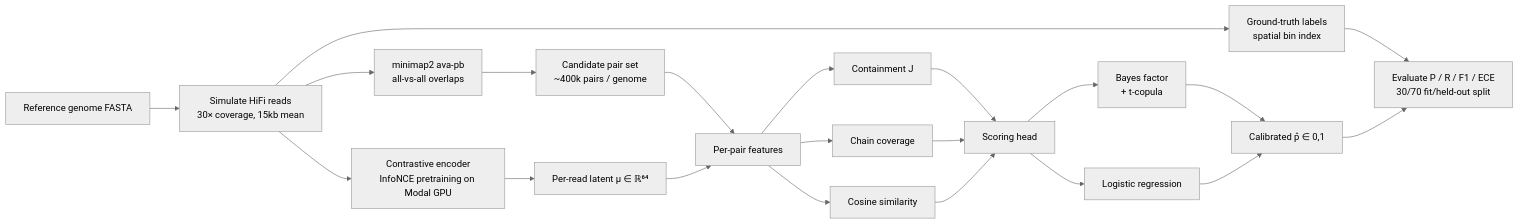
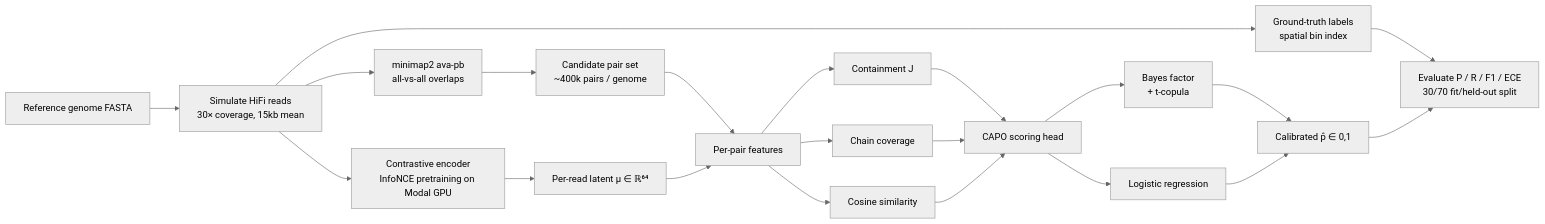
One commit to RajaGiddi/capo-paper changed the diagram in README.md. Above: the diagram before and after it, drawn with Mermaid (neutral theme). The commit also changed other lines of this file and 14 other files, not shown here.

````diff
--- a/README.md
+++ b/README.md
@@ -53,29 +53,29 @@
 ```mermaid
 flowchart LR
     A[Reference genome FASTA] --> B[Simulate HiFi reads<br/>30× coverage, 15kb mean]
     B --> C[Ground-truth labels<br/>spatial bin index]
     B --> D[minimap2 ava-pb<br/>all-vs-all overlaps]
     B --> E[Contrastive encoder<br/>InfoNCE pretraining on Modal GPU]
 
     D --> F[Candidate pair set<br/>~400k pairs / genome]
     E --> G[Per-read latent μ ∈ ℝ⁶⁴]
 
     F --> H[Per-pair features]
     G --> H
     H --> H1[Containment J]
     H --> H2[Chain coverage]
     H --> H3[Cosine similarity]
 
-    H1 --> I[Scoring head]
+    H1 --> I[CAPO scoring head]
     H2 --> I
     H3 --> I
 
     I --> J1[Bayes factor<br/>+ t-copula]
     I --> J2[Logistic regression]
 
     J1 --> K[Calibrated p̂ ∈ 0,1]
     J2 --> K
 
     C --> L[Evaluate P / R / F1 / ECE<br/>30/70 fit/held-out split]
     K --> L
 ```
````
